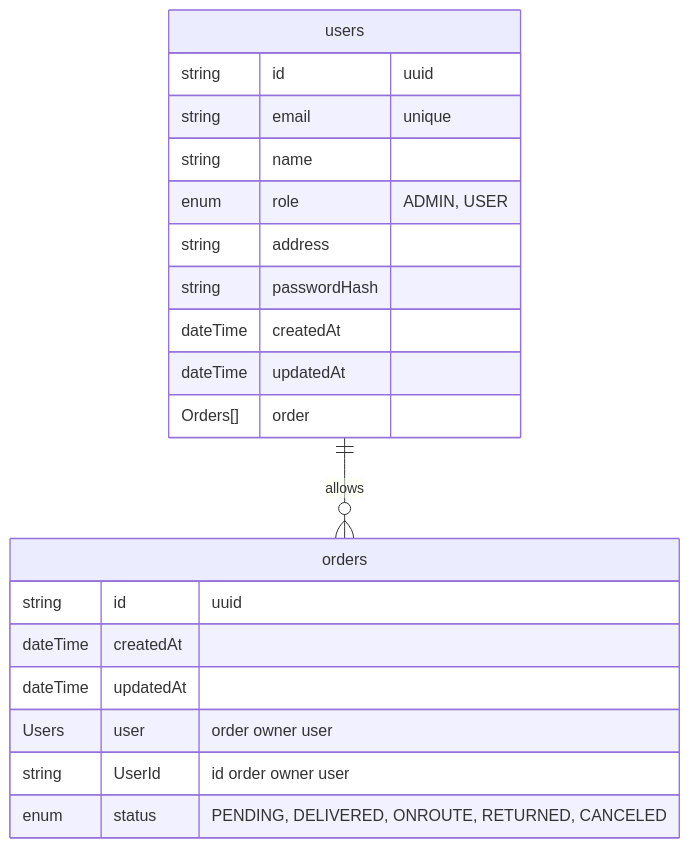
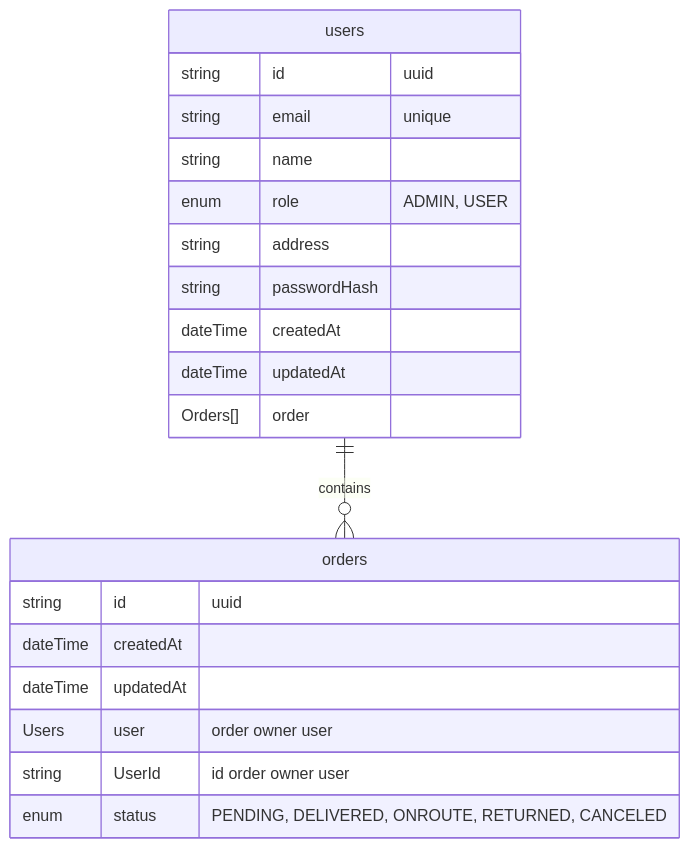
Before and after one commit to sejidjorge/challenge-delliv: the diagram in README.md, drawn with Mermaid.

````diff
--- a/README.md
+++ b/README.md
@@ -91,25 +91,25 @@
     ```mermaid
     erDiagram
-    users ||--o{ orders : allows
+    users ||--o{ orders : contains
     users {
     	string id "uuid"
     	string email "unique"
     	string name
     	enum role "ADMIN, USER"
     	string address
     	string passwordHash
     	dateTime createdAt
     	dateTime updatedAt
     	Orders[] order
     }
     
     orders {
     	string id "uuid"
     	dateTime createdAt
     	dateTime updatedAt
     	Users user "order owner user"
     	string UserId "id order owner user"
     	enum status "PENDING, DELIVERED, ONROUTE, RETURNED, CANCELED"
     }
     
     ```
````
